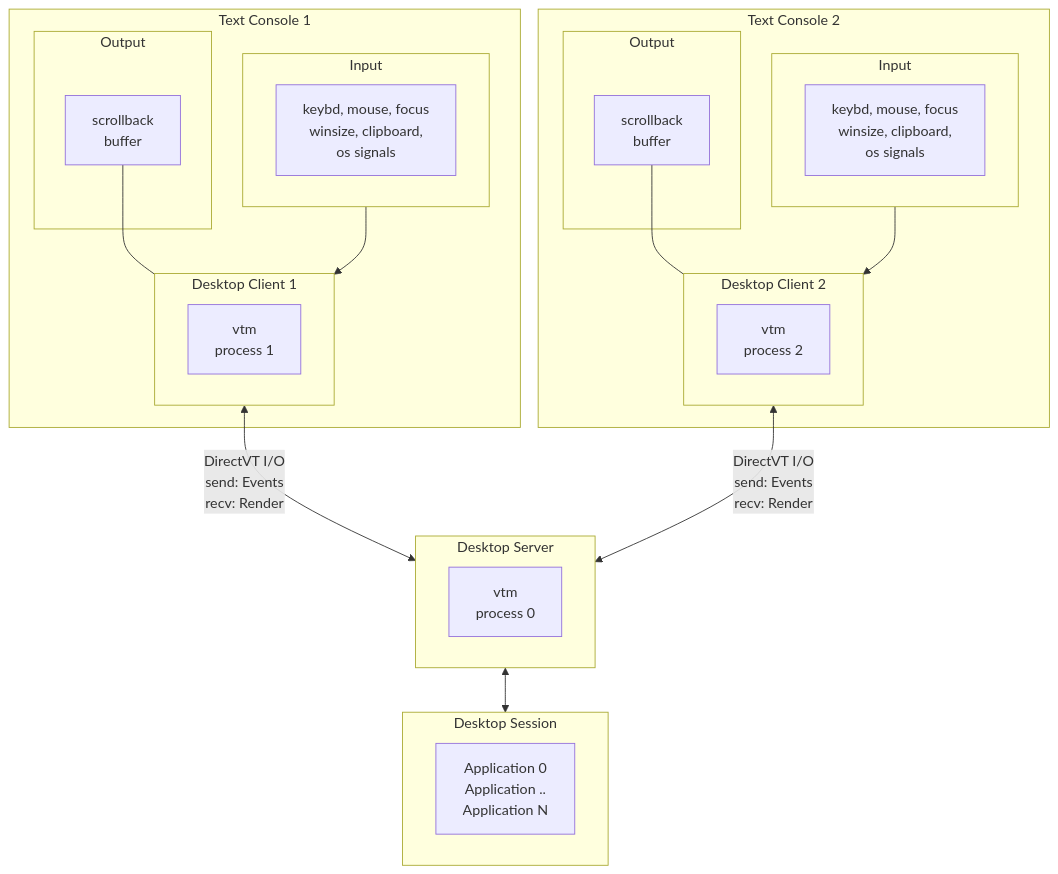
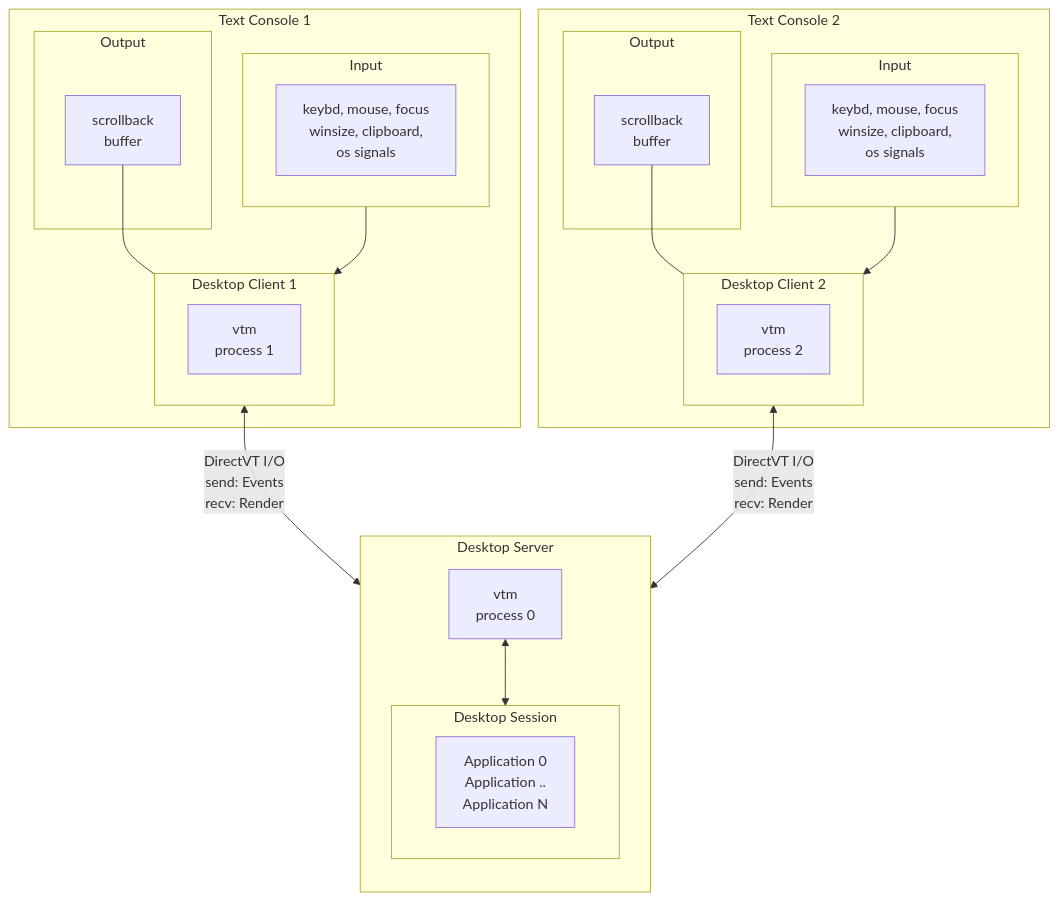
Before and after one commit to directvt/vtm: the diagram in doc/architecture.md, drawn with Mermaid.

````diff
--- a/doc/architecture.md
+++ b/doc/architecture.md
@@ -5,44 +5,44 @@
 ```mermaid
 graph TB
     subgraph IE10[Text Console 1]
         subgraph IE1[Input]
             direction LR
             C1[keybd, mouse, focus\nwinsize, clipboard,\nos signals]
         end
         subgraph OU1[Output]
             TC1[scrollback\nbuffer]
         end
         subgraph CS1[Desktop Client 1]
             VTM1[vtm\nprocess 1]
         end
         C1 --> CS1
         TC1 --- CS1
     end
 
     subgraph IE20[Text Console 2]
         subgraph IE2[Input]
             direction LR
             C2[keybd, mouse, focus\nwinsize, clipboard,\nos signals]
         end
         subgraph OU2[Output]
             TC2[scrollback\nbuffer]
         end
         subgraph CS2[Desktop Client 2]
             VTM2[vtm\nprocess 2]
         end
         C2 --> CS2
         TC2 --- CS2
     end
 
     subgraph SS[Desktop Server]
+        direction TB
         VTMs[vtm\nprocess 0]
-    end
+        subgraph SE[Desktop Session]
+            APPs[Application 0\nApplication ..\nApplication N]
+        end
+        VTMs <--> SE
+   end
 
-    subgraph SE[Desktop Session]
-        APPs[Application 0\nApplication ..\nApplication N]
-    end
-
-    CS1 <-->|DirectVT I/O\nsend: Events\nrecv: Render| SS
-    CS2 <-->|DirectVT I/O\nsend: Events\nrecv: Render| SS
-    SS <--> SE
+    CS1 <-->|DirectVT I/O\nsend: Events\nrecv: Render| VTMs
+    CS2 <-->|DirectVT I/O\nsend: Events\nrecv: Render| VTMs
 ```
````
